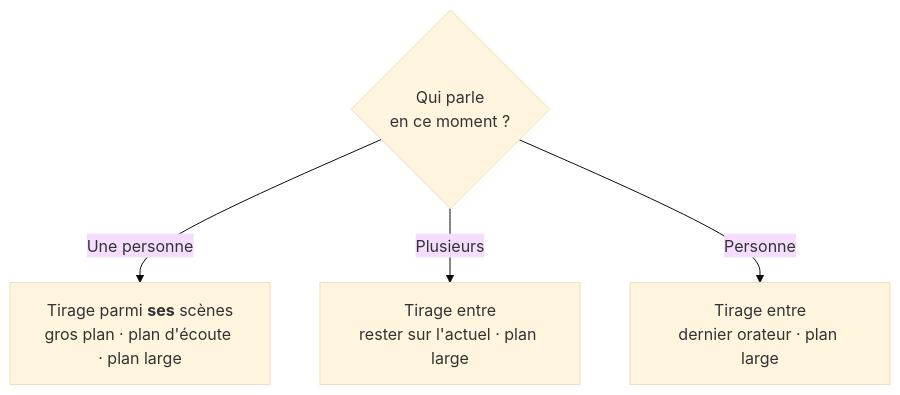
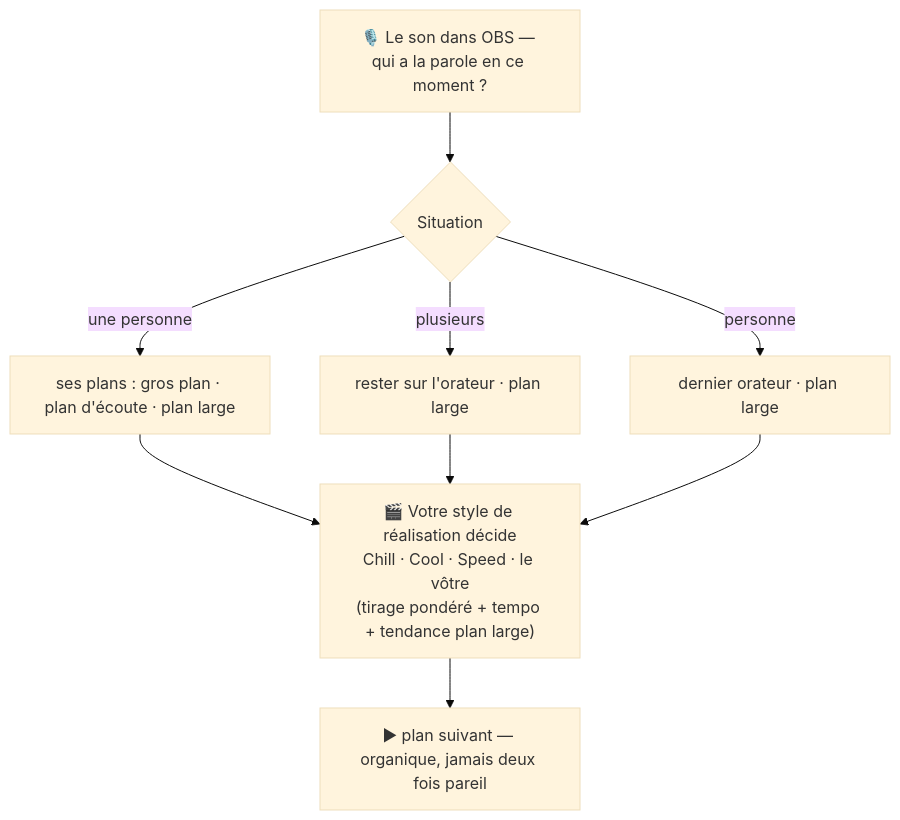
Before and after one commit to DavidClaudeAI/Flowspire: the diagram in README.fr.md, drawn with Mermaid (base theme). The commit also changed other lines of this file and 1 other file, not shown here.

Commit message:
doc readme : liste fonctionnalites complete + reframe feeling de realisation + schema avec style
CONTEXTE : retours David sur la vitrine apres 0.6.0 — la liste etait incomplete, le slogan 'une seule regle : on montre qui parle' faisait mecanique, et le schema ne montrait pas le profil de realisation.

FICHIERS CLES : README.{md,fr.md} — section 'Ce que ca fait' completee (styles, calibration auto, clic-pour-forcer, garde-fous, sensibilite, verif MAJ) ; hero reformule (realisation avec feeling, pas une regle mecanique) ; schema Mermaid refait (son -> situation -> LE STYLE decide -> plan suivant).

COMPAT : none.

````diff
--- a/README.fr.md
+++ b/README.fr.md
@@ -83,7 +89,9 @@
 ```mermaid
 flowchart TD
-    Q{"Qui parle<br/>en ce moment ?"}
-    Q -->|Une personne| P1["Tirage parmi <b>ses</b> scènes<br/>gros plan · plan d'écoute · plan large"]
-    Q -->|Plusieurs| P2["Tirage entre<br/>rester sur l'actuel · plan large"]
-    Q -->|Personne| P3["Tirage entre<br/>dernier orateur · plan large"]
+    A["🎙️ Le son dans OBS — qui a la parole en ce moment ?"] --> Q{"Situation"}
+    Q -->|une personne| O1["ses plans : gros plan · plan d'écoute · plan large"]
+    Q -->|plusieurs| O2["rester sur l'orateur · plan large"]
+    Q -->|personne| O3["dernier orateur · plan large"]
+    O1 & O2 & O3 --> S["🎬 Votre style de réalisation décide<br/>Chill · Cool · Speed · le vôtre<br/>(tirage pondéré + tempo + tendance plan large)"]
+    S --> N["▶ plan suivant — organique, jamais deux fois pareil"]
 ```
````
